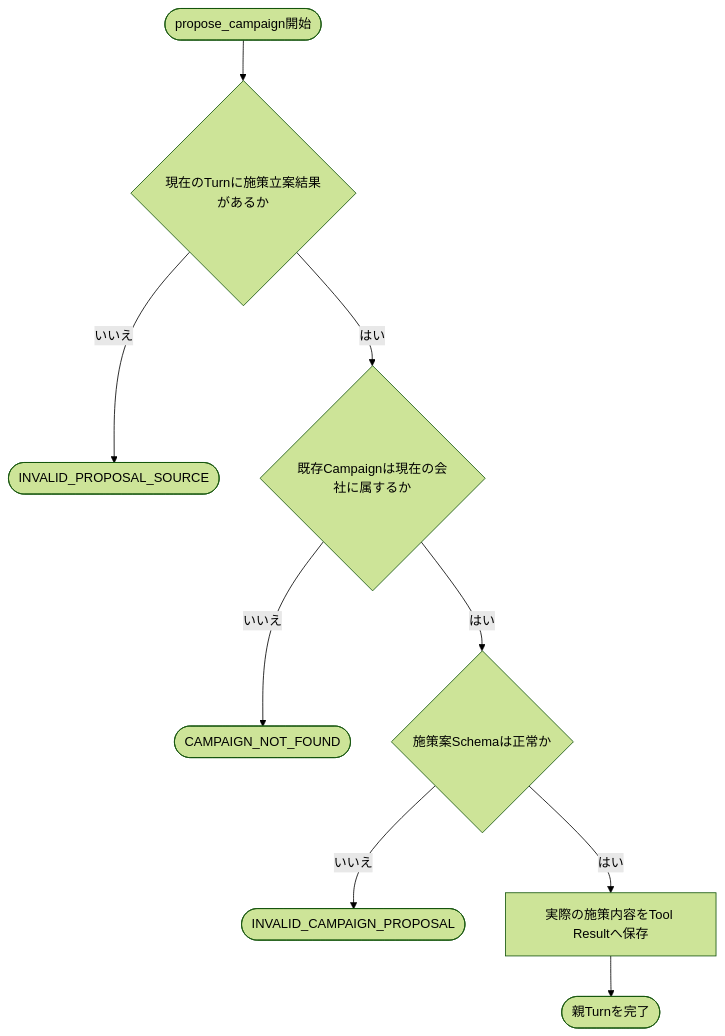
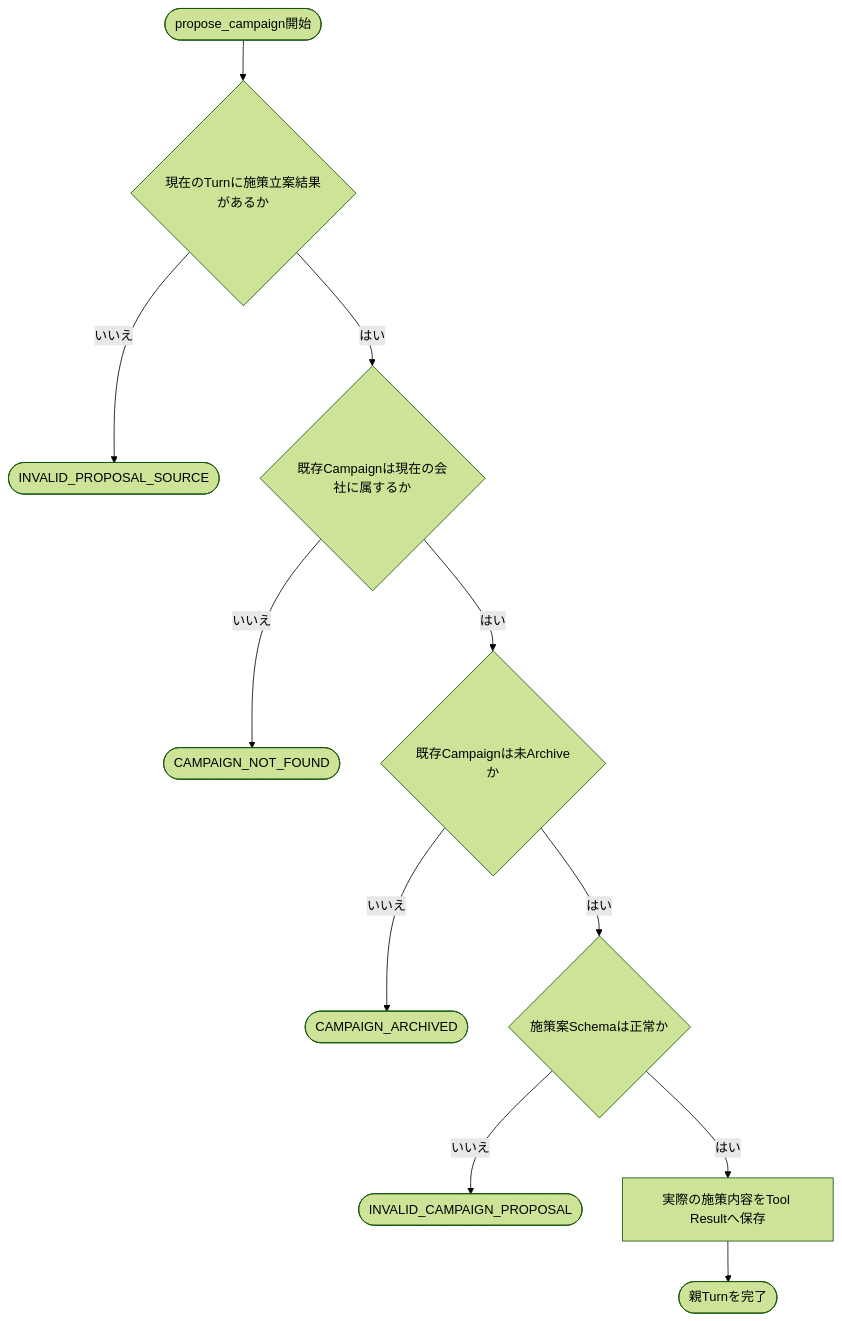
Before and after one commit to nishimura-yuma77/hiromeru: the ninth of 20 diagrams in docs/v.0.1/AGENT_DESIGN.md, drawn with Mermaid (forest theme). The commit also changed other lines of this file and 8 other files, not shown here.

````diff
--- a/docs/v.0.1/AGENT_DESIGN.md
+++ b/docs/v.0.1/AGENT_DESIGN.md
@@ -356,11 +356,13 @@
 ```mermaid
 flowchart TD
     START([propose_campaign開始]) --> SOURCE{現在のTurnに施策立案結果があるか}
     SOURCE -- いいえ --> END_SOURCE([INVALID_PROPOSAL_SOURCE])
     SOURCE -- はい --> AUTHORIZE{既存Campaignは現在の会社に属するか}
     AUTHORIZE -- いいえ --> END_NOT_FOUND([CAMPAIGN_NOT_FOUND])
-    AUTHORIZE -- はい --> VALIDATE{施策案Schemaは正常か}
+    AUTHORIZE -- はい --> ACTIVE{既存Campaignは未Archiveか}
+    ACTIVE -- いいえ --> END_ARCHIVED([CAMPAIGN_ARCHIVED])
+    ACTIVE -- はい --> VALIDATE{施策案Schemaは正常か}
     VALIDATE -- いいえ --> END_INVALID([INVALID_CAMPAIGN_PROPOSAL])
     VALIDATE -- はい --> RESULT[実際の施策内容をTool Resultへ保存]
     RESULT --> COMPLETE([親Turnを完了])
 ```
````
